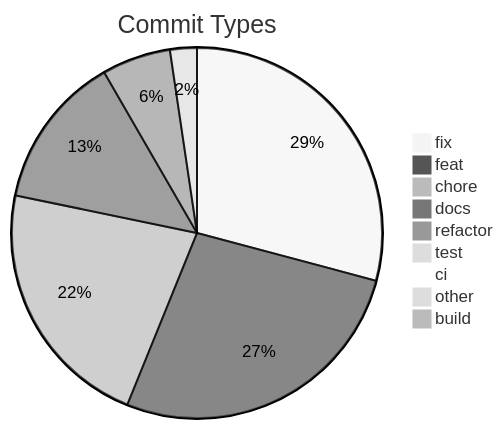
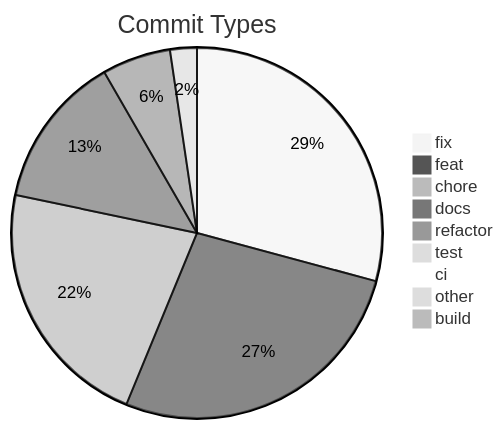
The diagram in .shipwright/compliance/change-history.md (svenroth-ai/shipwright), drawn with Mermaid (neutral theme) before and after one commit. The commit also changed other lines of this file and 27 other files, not shown here.

````diff
--- a/.shipwright/compliance/change-history.md
+++ b/.shipwright/compliance/change-history.md
@@ -8,12 +8,12 @@
 ```mermaid
 pie title Commit Types
-    "fix" : 311
-    "feat" : 288
+    "fix" : 312
+    "feat" : 289
     "chore" : 236
     "docs" : 143
     "refactor" : 64
     "test" : 25
     "ci" : 8
     "other" : 7
     "build" : 1
 ```
````
